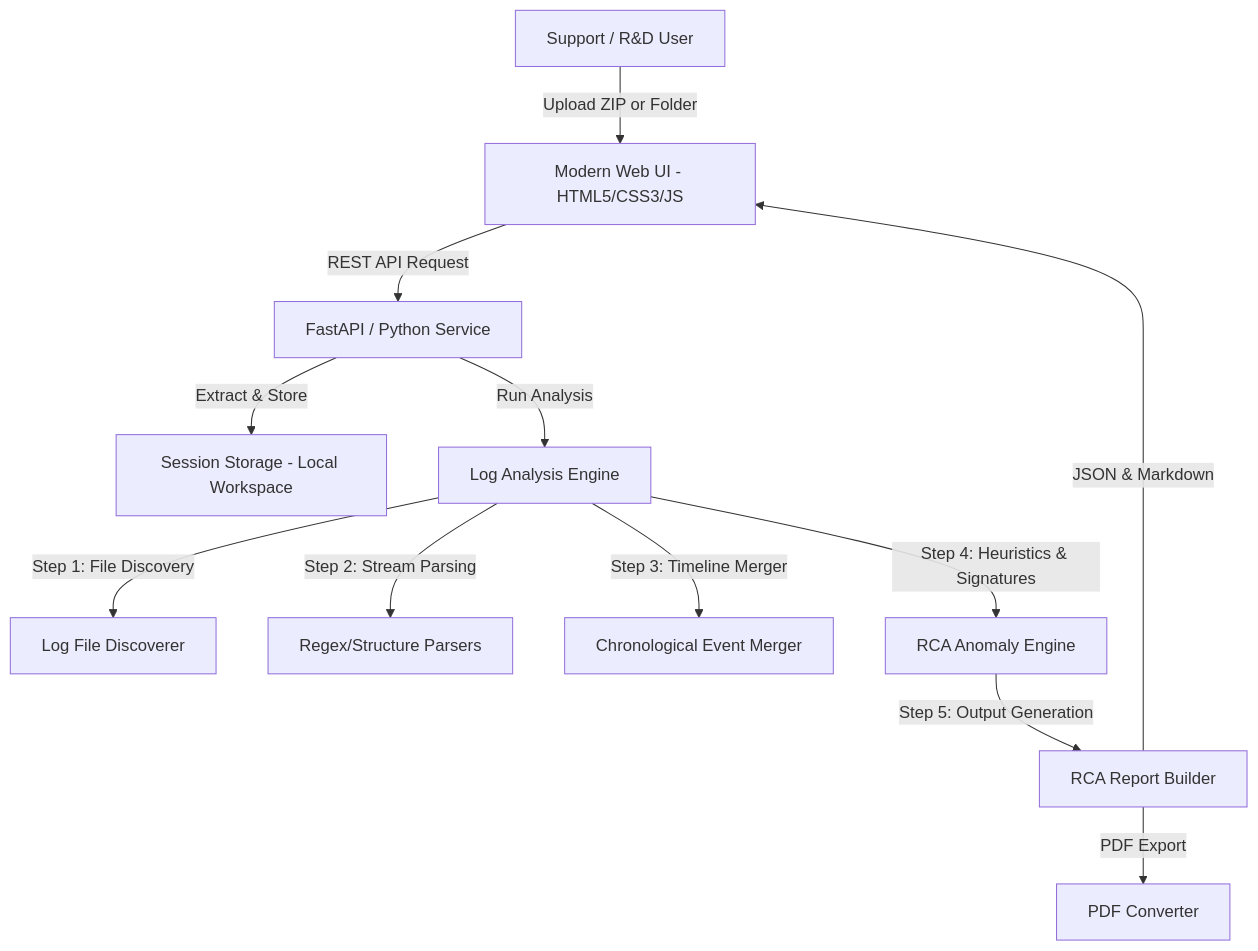
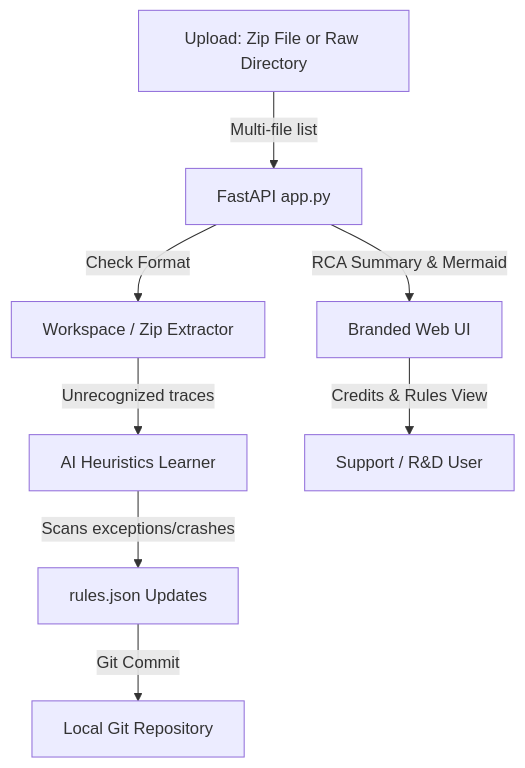
Before and after one commit to aniruddhp2000/apex-offline-imm-log-analysis: the diagram in plans/implementation_plan.md, drawn with Mermaid. The commit also changed other lines of this file and 3 other files, not shown here.

Commit message:
Docs: Update system architecture whitepaper and archive project deliverables

````diff
--- a/plans/implementation_plan.md
+++ b/plans/implementation_plan.md
@@ -11,14 +11,10 @@
 ```mermaid
 graph TD
-    User[Support / R&D User] -->|Upload ZIP or Folder| WebUI[Modern Web UI - HTML5/CSS3/JS]
-    WebUI -->|REST API Request| Backend[FastAPI / Python Service]
-    Backend -->|Extract & Store| Storage[Session Storage - Local Workspace]
-    Backend -->|Run Analysis| Engine[Log Analysis Engine]
-    Engine -->|Step 1: File Discovery| Discoverer[Log File Discoverer]
-    Engine -->|Step 2: Stream Parsing| Parsers[Regex/Structure Parsers]
-    Engine -->|Step 3: Timeline Merger| ChronoMerger[Chronological Event Merger]
-    Engine -->|Step 4: Heuristics & Signatures| Analyzer[RCA Anomaly Engine]
-    Analyzer -->|Step 5: Output Generation| ReportGen[RCA Report Builder]
-    ReportGen -->|JSON & Markdown| WebUI
-    ReportGen -->|PDF Export| PDFBuilder[PDF Converter]
+    Upload[Upload: Zip File or Raw Directory] -->|Multi-file list| Backend[FastAPI app.py]
+    Backend -->|Check Format| Extraction[Workspace / Zip Extractor]
+    Extraction -->|Unrecognized traces| Learner[AI Heuristics Learner]
+    Learner -->|Scans exceptions/crashes| RuleDB[rules.json Updates]
+    RuleDB -->|Git Commit| GitRepo[Local Git Repository]
+    Backend -->|RCA Summary & Mermaid| WebUI[Branded Web UI]
+    WebUI -->|Credits & Rules View| User[Support / R&D User]
 ```
````
